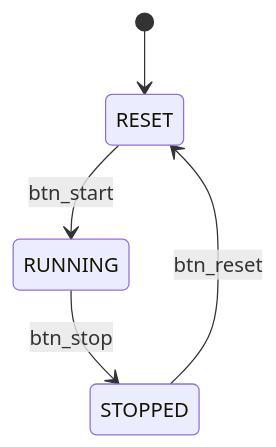
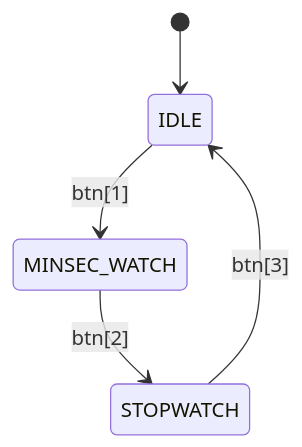
The fifth of 5 diagrams in 15.BESPOKE/README.md (SE0NGH0/AI_Verilog_HDL), drawn with Mermaid before and after one commit.

````diff
--- a/15.BESPOKE/README.md
+++ b/15.BESPOKE/README.md
@@ -126,7 +126,7 @@
 ```mermaid
 stateDiagram-v2
-    [*] --> RESET
-    RESET --> RUNNING: btn_start
-    RUNNING --> STOPPED: btn_stop
-    STOPPED --> RESET: btn_reset
+    [*] --> IDLE
+    IDLE --> MINSEC_WATCH: btn[1]
+    MINSEC_WATCH --> STOPWATCH: btn[2]
+    STOPWATCH --> IDLE: btn[3]
 ```
````
